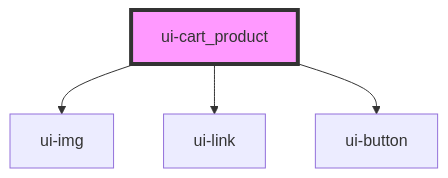
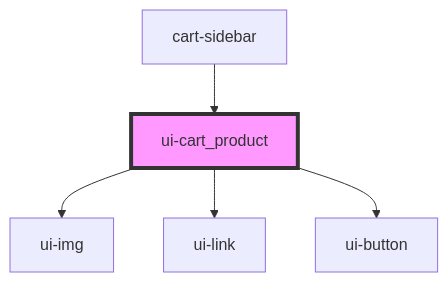
Before and after one commit to ankitghanekar-hcl/ui-shared-web-components: the diagram in src/components/ui-cart_product/readme.md, drawn with Mermaid. The commit also changed other lines of this file and 18 other files, not shown here.

````diff
--- a/src/components/ui-cart_product/readme.md
+++ b/src/components/ui-cart_product/readme.md
@@ -34,7 +38,8 @@
 ```mermaid
 graph TD;
   ui-cart_product --> ui-img
   ui-cart_product --> ui-link
   ui-cart_product --> ui-button
+  cart-sidebar --> ui-cart_product
   style ui-cart_product fill:#f9f,stroke:#333,stroke-width:4px
 ```
````
